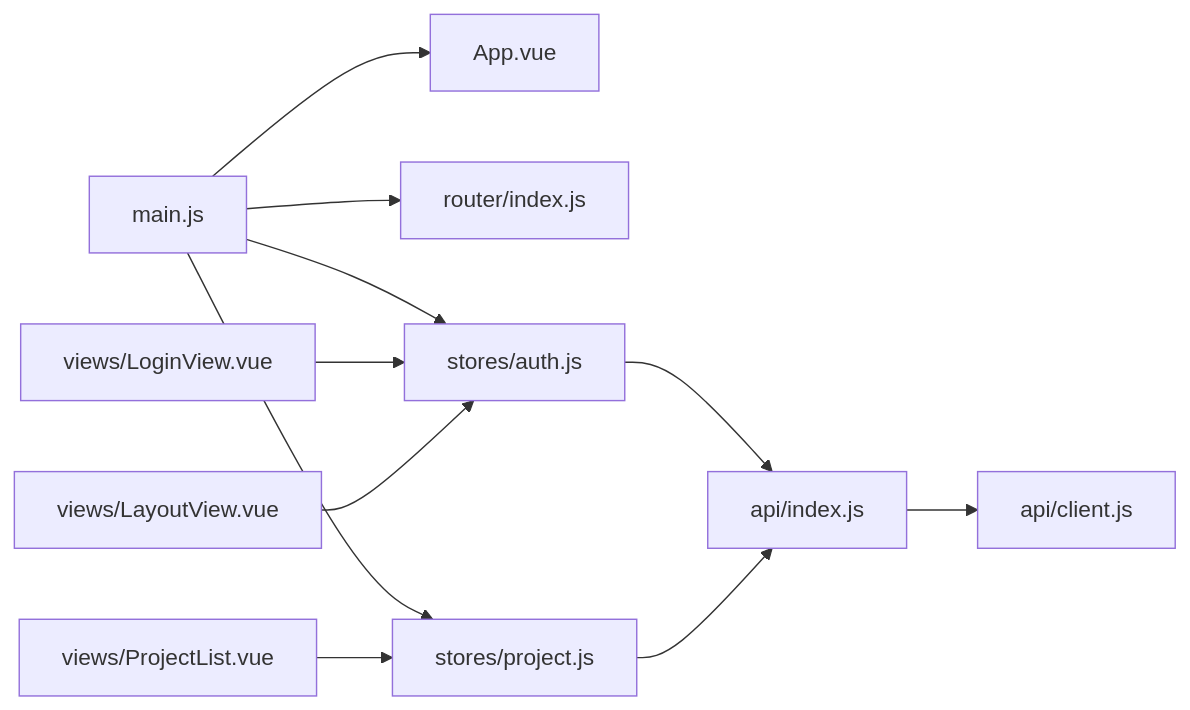
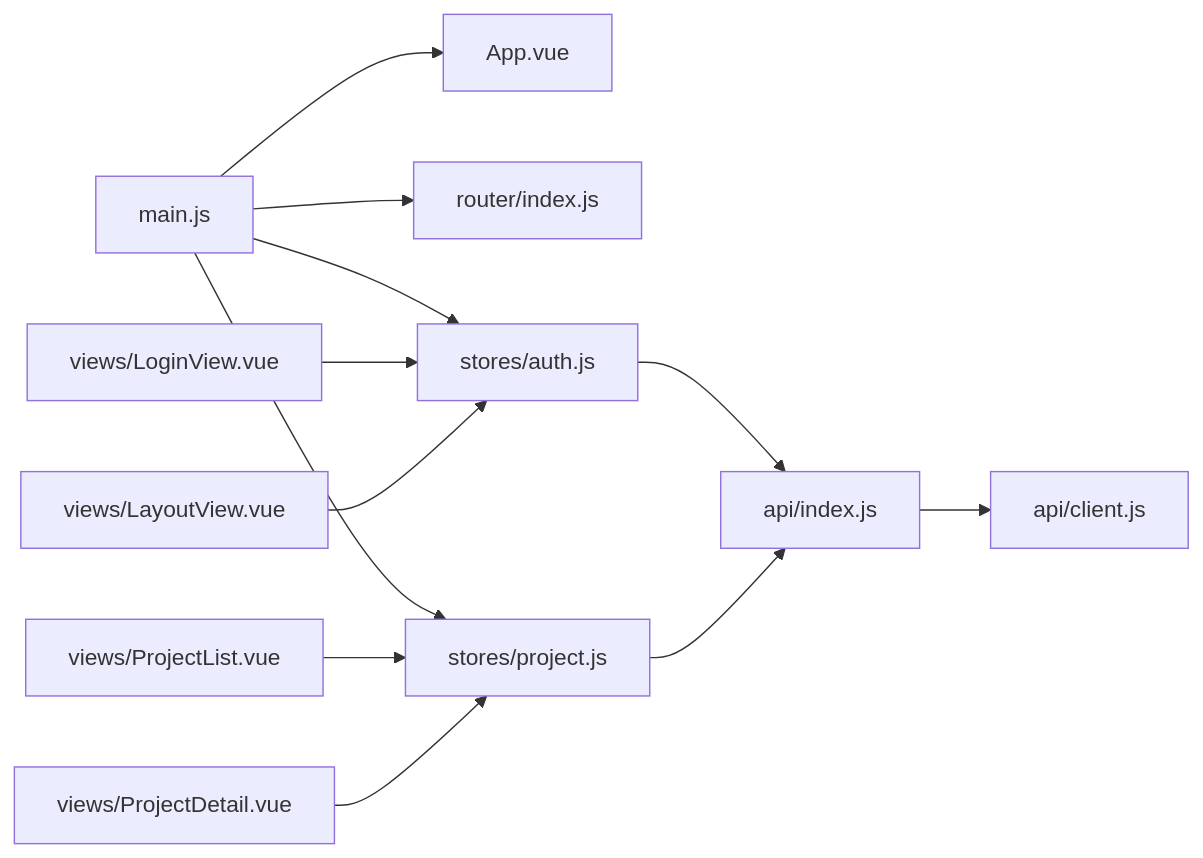
The ninth of 9 diagrams in .qoder/repowiki/zh/content/前端架构/前端架构.md (aidanguan/testserver), drawn with Mermaid before and after one commit. The commit also changed other lines of this file and 91 other files, not shown here.

````diff
--- a/.qoder/repowiki/zh/content/前端架构/前端架构.md
+++ b/.qoder/repowiki/zh/content/前端架构/前端架构.md
@@ -224,13 +267,14 @@
 ```mermaid
 graph LR
 main.js --> App.vue
 main.js --> router/index.js
 main.js --> stores/auth.js
 main.js --> stores/project.js
 views/LoginView.vue --> stores/auth.js
 views/ProjectList.vue --> stores/project.js
+views/ProjectDetail.vue --> stores/project.js
 views/LayoutView.vue --> stores/auth.js
 stores/auth.js --> api/index.js
 stores/project.js --> api/index.js
 api/index.js --> api/client.js
 ```
````
